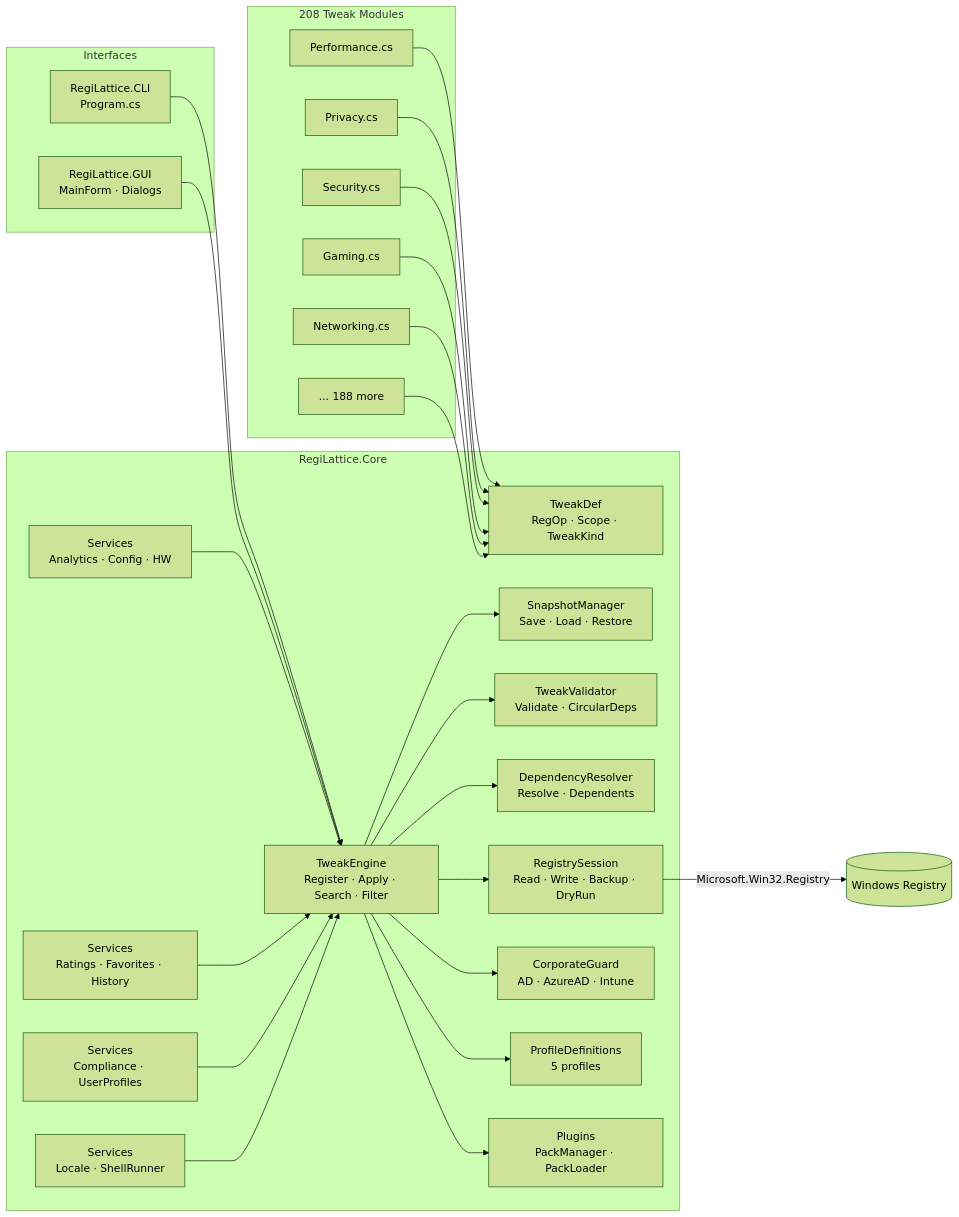
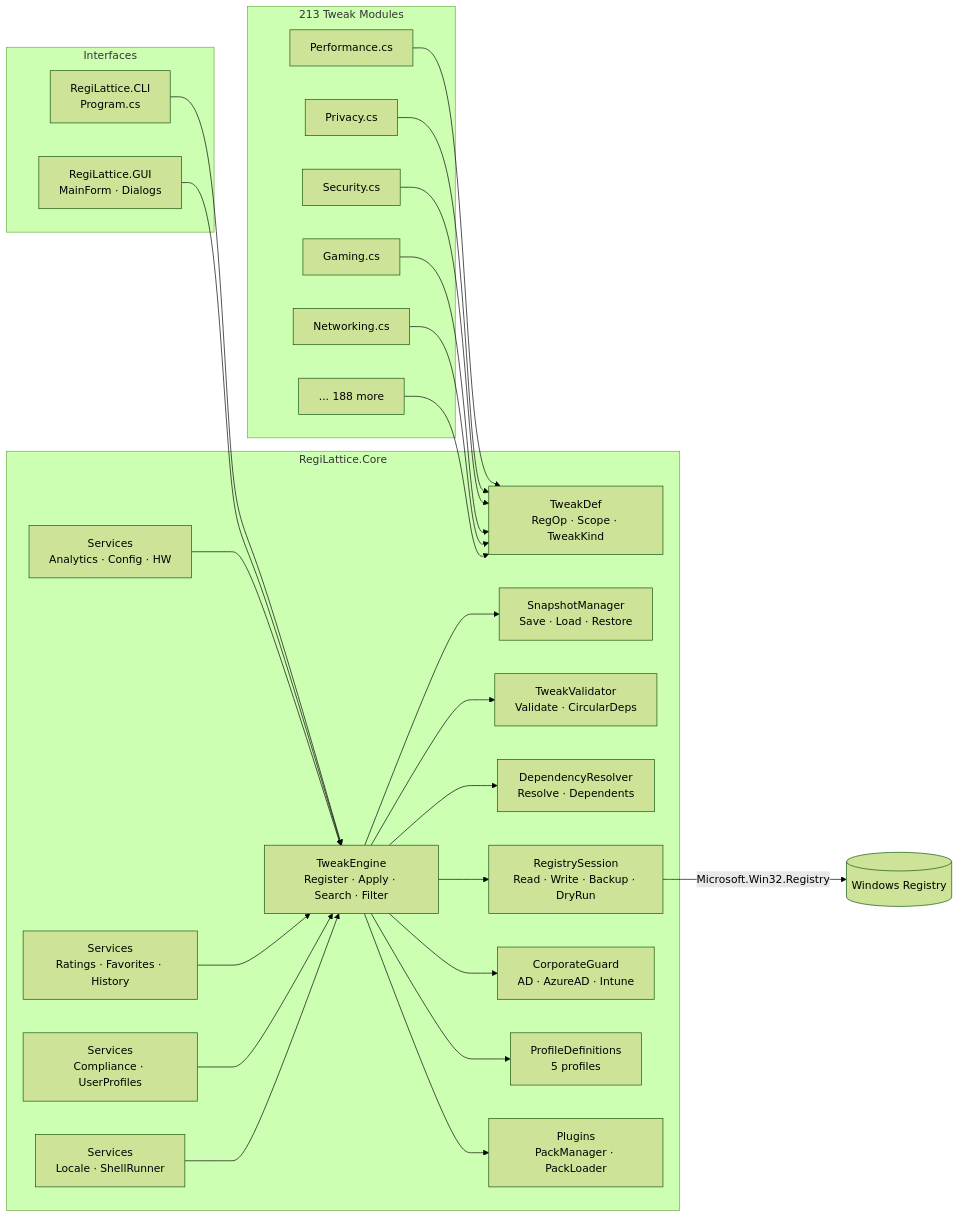
Before and after one commit to RajwanYair/RegiLattice: the diagram in README.md, drawn with Mermaid (forest theme). The commit also changed other lines of this file and 10 other files, not shown here.

First line of the commit message:
feat(tweaks): Sprints 177-181 — 5 policy modules, 50 tweaks, v5.4.0

````diff
--- a/README.md
+++ b/README.md
@@ -87,53 +87,53 @@
 ```mermaid
 graph LR
     subgraph Interfaces
         CLI[RegiLattice.CLI<br/>Program.cs]
         GUI[RegiLattice.GUI<br/>MainForm · Dialogs]
     end
 
     subgraph Core["RegiLattice.Core"]
         TE[TweakEngine<br/>Register · Apply · Search · Filter]
         SM[SnapshotManager<br/>Save · Load · Restore]
         TV[TweakValidator<br/>Validate · CircularDeps]
         DR[DependencyResolver<br/>Resolve · Dependents]
         TD[TweakDef<br/>RegOp · Scope · TweakKind]
         RS[RegistrySession<br/>Read · Write · Backup · DryRun]
         CG[CorporateGuard<br/>AD · AzureAD · Intune]
         PD[ProfileDefinitions<br/>5 profiles]
         SV[Services<br/>Analytics · Config · HW]
         SV2[Services<br/>Ratings · Favorites · History]
         SV3[Services<br/>Compliance · UserProfiles]
         SV4[Services<br/>Locale · ShellRunner]
         PM[Plugins<br/>PackManager · PackLoader]
     end
 
-    subgraph Tweaks["208 Tweak Modules"]
+    subgraph Tweaks["213 Tweak Modules"]
         T1[Performance.cs]
         T2[Privacy.cs]
         T3[Security.cs]
         T4[Gaming.cs]
         T5[Networking.cs]
         TN[... 188 more]
     end
 
     CLI --> TE
     GUI --> TE
     TE --> SM
     TE --> TV
     TE --> DR
     TE --> RS
     TE --> CG
     TE --> PD
     TE --> PM
     SV --> TE
     SV2 --> TE
     SV3 --> TE
     SV4 --> TE
     T1 --> TD
     T2 --> TD
     T3 --> TD
     T4 --> TD
     T5 --> TD
     TN --> TD
     RS -->|Microsoft.Win32.Registry| WR[(Windows Registry)]
 ```
````
